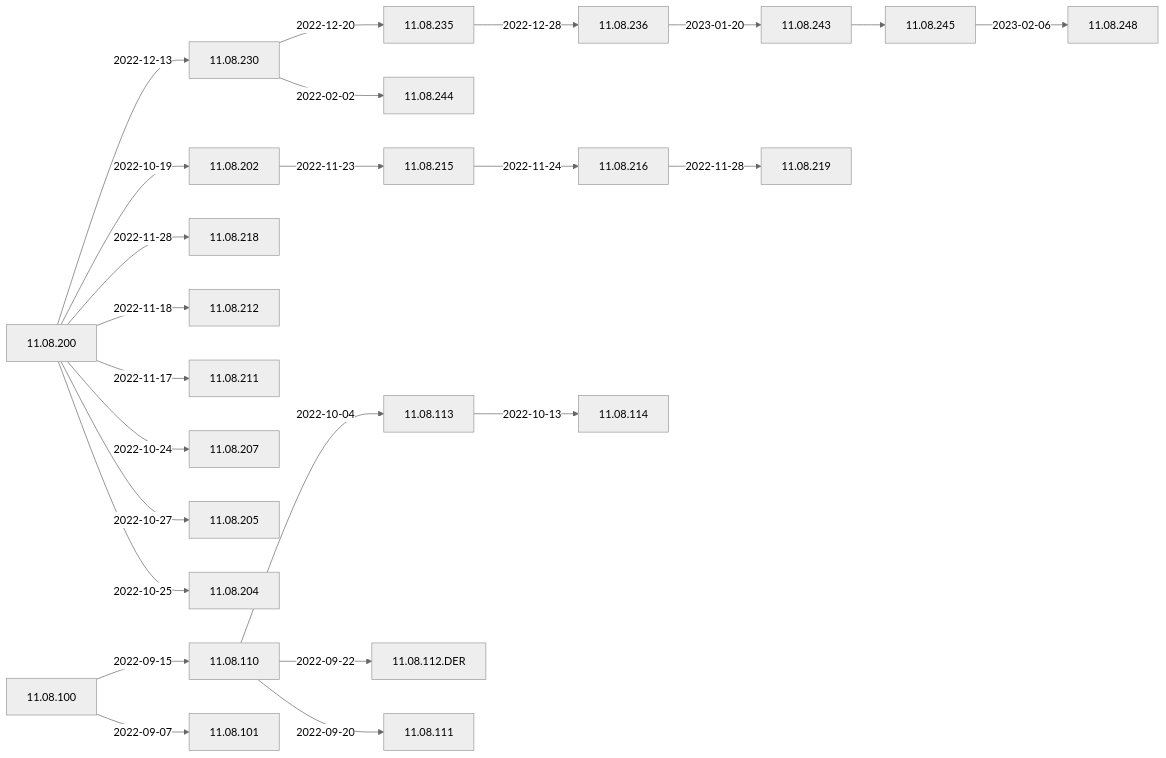
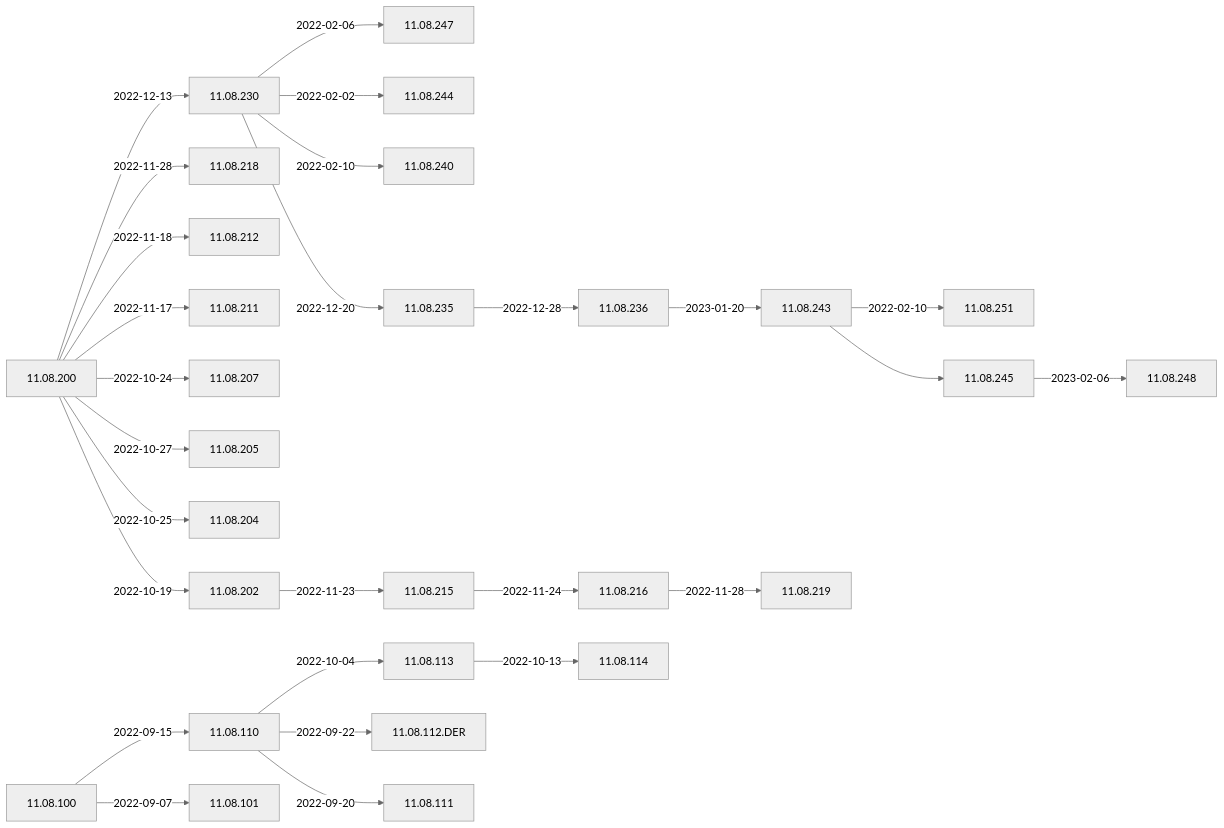
The first of 3 diagrams in Docs/ReleaseNotes/01-OS11/README.md (woydziak/IGEL-Docs), drawn with Mermaid (neutral theme) before and after one commit.

````diff
--- a/Docs/ReleaseNotes/01-OS11/README.md
+++ b/Docs/ReleaseNotes/01-OS11/README.md
@@ -9,33 +9,39 @@
 ```mermaid
 flowchart LR
+    11.08.243-- 2022-02-10 -->11.08.251
+    11.08.230-- 2022-02-06 -->11.08.247
+    11.08.230-- 2022-02-02 -->11.08.244
+    11.08.230-- 2022-02-10 -->11.08.240
     11.08.200-- 2022-12-13 -->11.08.230-- 2022-12-20 -->11.08.235-- 2022-12-28 -->11.08.236-- 2023-01-20 -->11.08.243-->11.08.245-- 2023-02-06 -->11.08.248
-    11.08.230-- 2022-02-02 -->11.08.244
-    11.08.200-- 2022-10-19 -->11.08.202-- 2022-11-23 -->11.08.215-- 2022-11-24 -->11.08.216-- 2022-11-28 -->11.08.219
     11.08.200-- 2022-11-28 -->11.08.218
     11.08.200-- 2022-11-18 -->11.08.212
     11.08.200-- 2022-11-17 -->11.08.211
     11.08.200-- 2022-10-24 -->11.08.207
     11.08.200-- 2022-10-27 -->11.08.205
     11.08.200-- 2022-10-25 -->11.08.204
+    11.08.200-- 2022-10-19 -->11.08.202-- 2022-11-23 -->11.08.215-- 2022-11-24 -->11.08.216-- 2022-11-28 -->11.08.219
     11.08.110-- 2022-10-04 -->11.08.113-- 2022-10-13 -->11.08.114
     11.08.110-- 2022-09-22 -->11.08.112.DER
     11.08.100-- 2022-09-15 -->11.08.110-- 2022-09-20 -->11.08.111
     11.08.100-- 2022-09-07 -->11.08.101
+    click 11.08.251 "https://github.com/IGEL-Community/IGEL-Docs/blob/main/Docs/ReleaseNotes/01-OS11/readme11.08.251.txt" "Open this in a new tab"
     click 11.08.248 "https://github.com/IGEL-Community/IGEL-Docs/blob/main/Docs/ReleaseNotes/01-OS11/readme11.08.248.txt" "Open this in a new tab"
+    click 11.08.247 "https://github.com/IGEL-Community/IGEL-Docs/blob/main/Docs/ReleaseNotes/01-OS11/readme11.08.247.txt" "Open this in a new tab"
     click 11.08.244 "https://github.com/IGEL-Community/IGEL-Docs/blob/main/Docs/ReleaseNotes/01-OS11/readme11.08.244.txt" "Open this in a new tab"
     click 11.08.243 "https://github.com/IGEL-Community/IGEL-Docs/blob/main/Docs/ReleaseNotes/01-OS11/readme11.08.243.txt" "Open this in a new tab"
+    click 11.08.240 "https://github.com/IGEL-Community/IGEL-Docs/blob/main/Docs/ReleaseNotes/01-OS11/readme11.08.240.txt" "Open this in a new tab"
     click 11.08.236 "https://github.com/IGEL-Community/IGEL-Docs/blob/main/Docs/ReleaseNotes/01-OS11/readme11.08.236.txt" "Open this in a new tab"
     click 11.08.235 "https://github.com/IGEL-Community/IGEL-Docs/blob/main/Docs/ReleaseNotes/01-OS11/readme11.08.235.txt" "Open this in a new tab"
     click 11.08.230 "https://github.com/IGEL-Community/IGEL-Docs/blob/main/Docs/ReleaseNotes/01-OS11/readme11.08.230.txt" "Open this in a new tab"
     click 11.08.219 "https://github.com/IGEL-Community/IGEL-Docs/blob/main/Docs/ReleaseNotes/01-OS11/readme11.08.219.txt" "Open this in a new tab"
     click 11.08.218 "https://github.com/IGEL-Community/IGEL-Docs/blob/main/Docs/ReleaseNotes/01-OS11/readme11.08.218.txt" "Open this in a new tab"
     click 11.08.216 "https://github.com/IGEL-Community/IGEL-Docs/blob/main/Docs/ReleaseNotes/01-OS11/readme11.08.216.txt" "Open this in a new tab"
     click 11.08.215 "https://github.com/IGEL-Community/IGEL-Docs/blob/main/Docs/ReleaseNotes/01-OS11/readme11.08.215.txt" "Open this in a new tab"
     click 11.08.212 "https://github.com/IGEL-Community/IGEL-Docs/blob/main/Docs/ReleaseNotes/01-OS11/readme11.08.212.txt" "Open this in a new tab"
     click 11.08.211 "https://github.com/IGEL-Community/IGEL-Docs/blob/main/Docs/ReleaseNotes/01-OS11/readme11.08.211.txt" "Open this in a new tab"
     click 11.08.207 "https://github.com/IGEL-Community/IGEL-Docs/blob/main/Docs/ReleaseNotes/01-OS11/readme11.08.207.txt" "Open this in a new tab"
     click 11.08.205 "https://github.com/IGEL-Community/IGEL-Docs/blob/main/Docs/ReleaseNotes/01-OS11/readme11.08.205.txt" "Open this in a new tab"
     click 11.08.204 "https://github.com/IGEL-Community/IGEL-Docs/blob/main/Docs/ReleaseNotes/01-OS11/readme11.08.204.txt" "Open this in a new tab"
     click 11.08.202 "https://github.com/IGEL-Community/IGEL-Docs/blob/main/Docs/ReleaseNotes/01-OS11/readme11.08.202.txt" "Open this in a new tab"
     click 11.08.200 "https://github.com/IGEL-Community/IGEL-Docs/blob/main/Docs/ReleaseNotes/01-OS11/readme11.08.200.txt" "Open this in a new tab"
 ```
````
